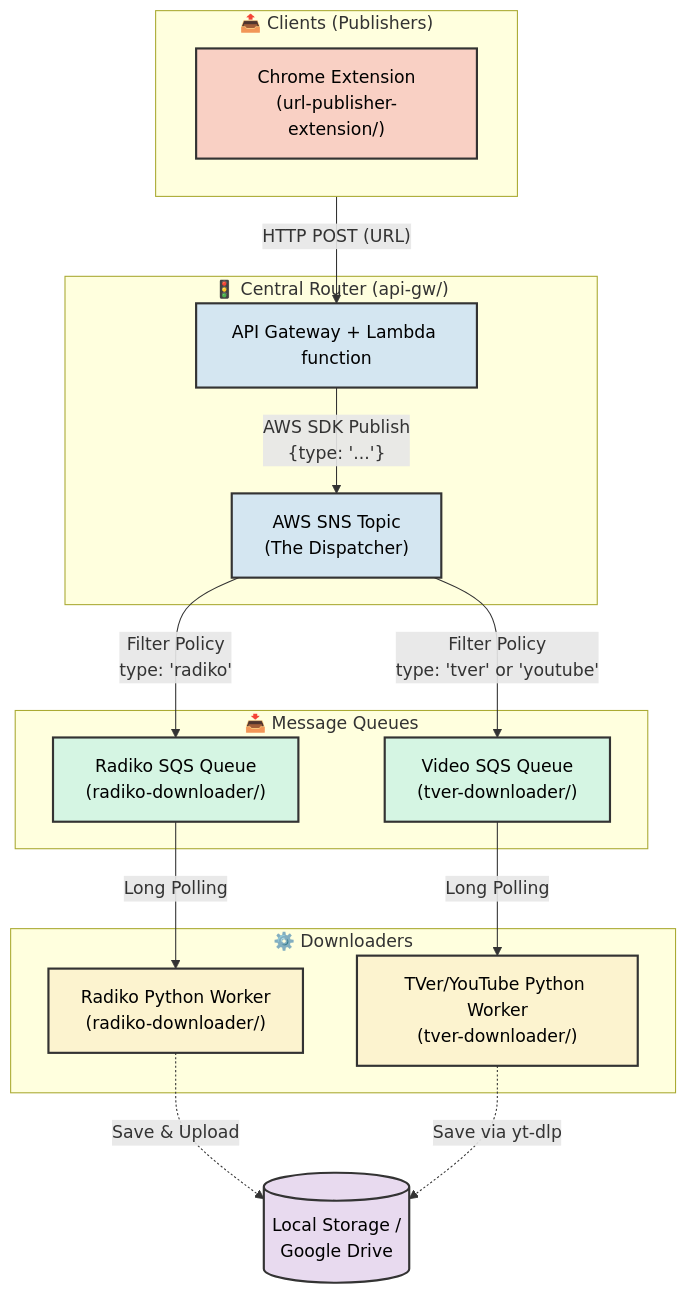
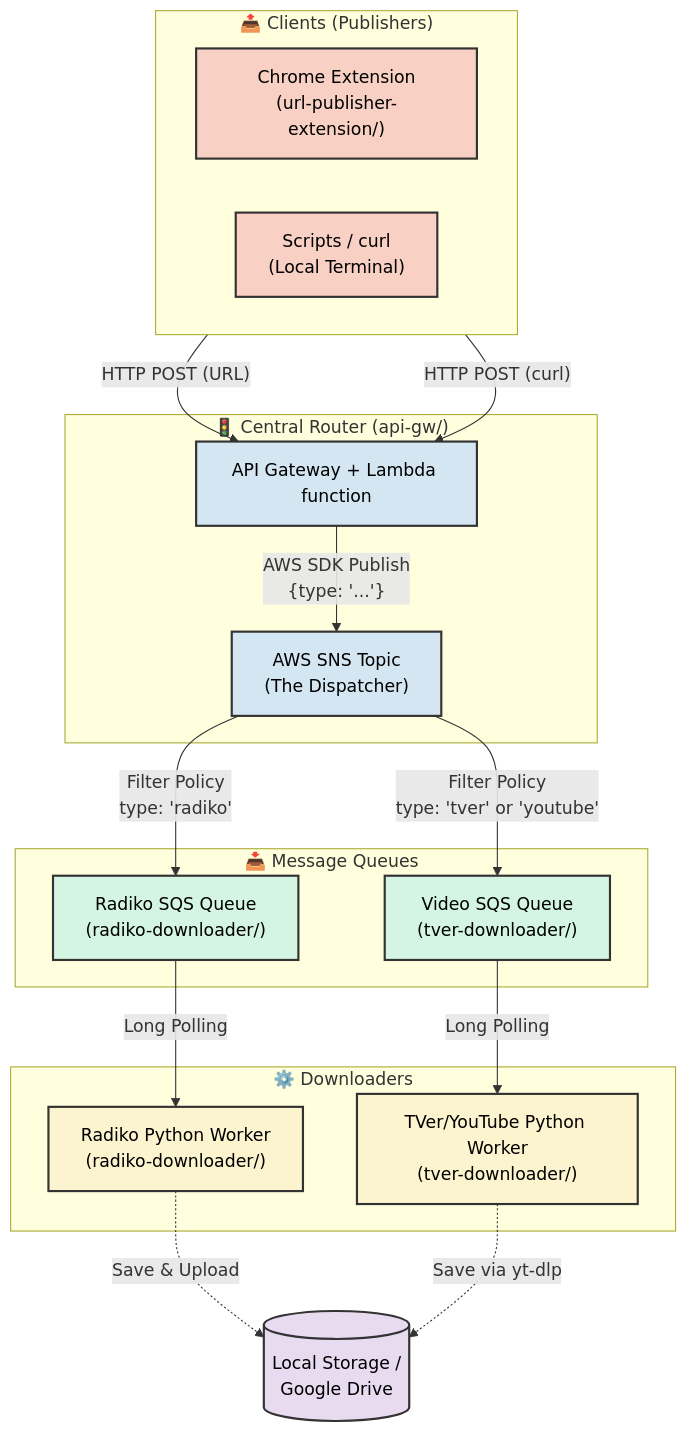
One commit to khirata/media-downloader changed the diagram in README.md. Above: the diagram before and after it, drawn with Mermaid. The commit also changed 1 other file, not shown here.

Commit message:
feat: add curl scripts as clients in system architecture diagrams

````diff
--- a/README.md
+++ b/README.md
@@ -10,46 +10,48 @@
 ```mermaid
 graph TD
     classDef client fill:#f9d0c4,stroke:#333,stroke-width:2px,color:#000;
     classDef router fill:#d4e6f1,stroke:#333,stroke-width:2px,color:#000;
     classDef queue fill:#d5f5e3,stroke:#333,stroke-width:2px,color:#000;
     classDef worker fill:#fcf3cf,stroke:#333,stroke-width:2px,color:#000;
     classDef storage fill:#e8daef,stroke:#333,stroke-width:2px,color:#000;
 
     subgraph Clients ["📤 Clients (Publishers)"]
         direction LR
         EXT["Chrome Extension<br/>(url-publisher-extension/)"]:::client
+        CURL["Scripts / curl<br/>(Local Terminal)"]:::client
     end
 
     subgraph Dispatcher ["🚦 Central Router (api-gw/)"]
         API["API Gateway + Lambda function"]:::router
         SNS["AWS SNS Topic<br/>(The Dispatcher)"]:::router
     end
 
     subgraph Queues ["📥 Message Queues"]
         SQS_R["Radiko SQS Queue<br/>(radiko-downloader/)"]:::queue
         SQS_T["Video SQS Queue<br/>(tver-downloader/)"]:::queue
     end
 
     subgraph Workers ["⚙️ Downloaders"]
         WORK_R["Radiko Python Worker<br/>(radiko-downloader/)"]:::worker
         WORK_T["TVer/YouTube Python Worker<br/>(tver-downloader/)"]:::worker
     end
     
     STORAGE[("Local Storage /<br/>Google Drive")]:::storage
 
     %% Client flows
     EXT -->|"HTTP POST (URL)"| API
+    CURL -->|"HTTP POST (curl)"| API
     API -->|"AWS SDK Publish<br/>{type: '...'} "| SNS
 
     %% Dispatcher routing based on message attributes/body
     SNS -->|"Filter Policy<br/>type: 'radiko'"| SQS_R
     SNS -->|"Filter Policy<br/>type: 'tver' or 'youtube'"| SQS_T
 
     %% Worker polling
     SQS_R -->|"Long Polling"| WORK_R
     SQS_T -->|"Long Polling"| WORK_T
 
     %% Final output
     WORK_R -.->|"Save & Upload"| STORAGE
     WORK_T -.->|"Save via yt-dlp"| STORAGE
 ```
````
